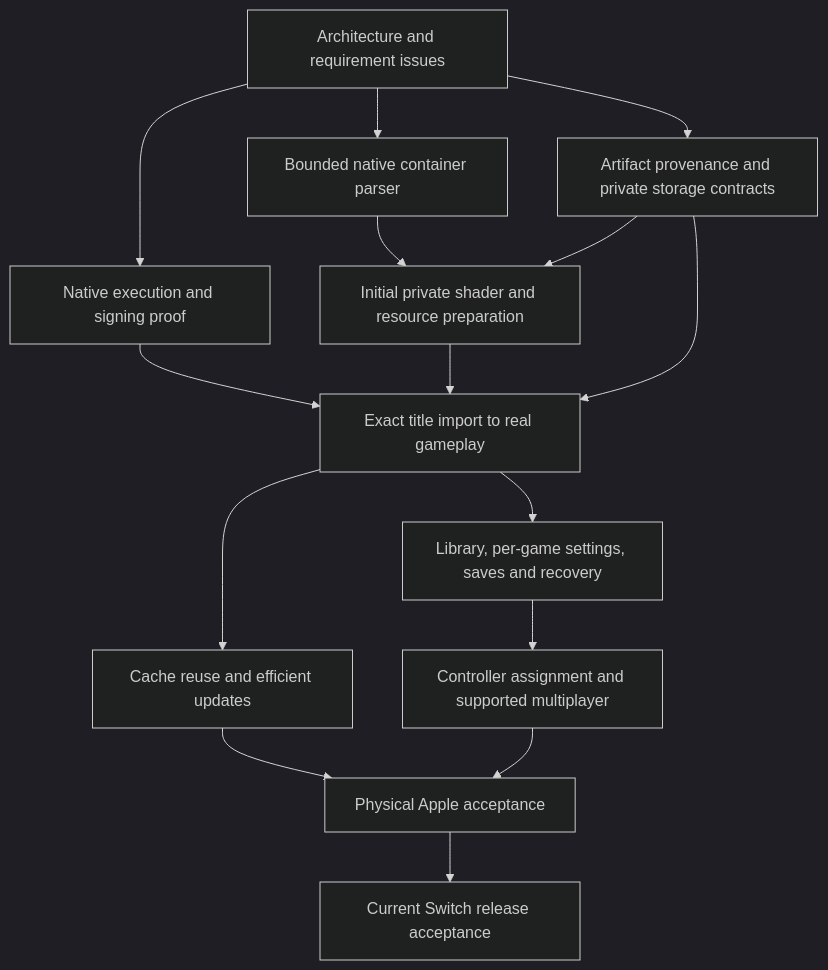
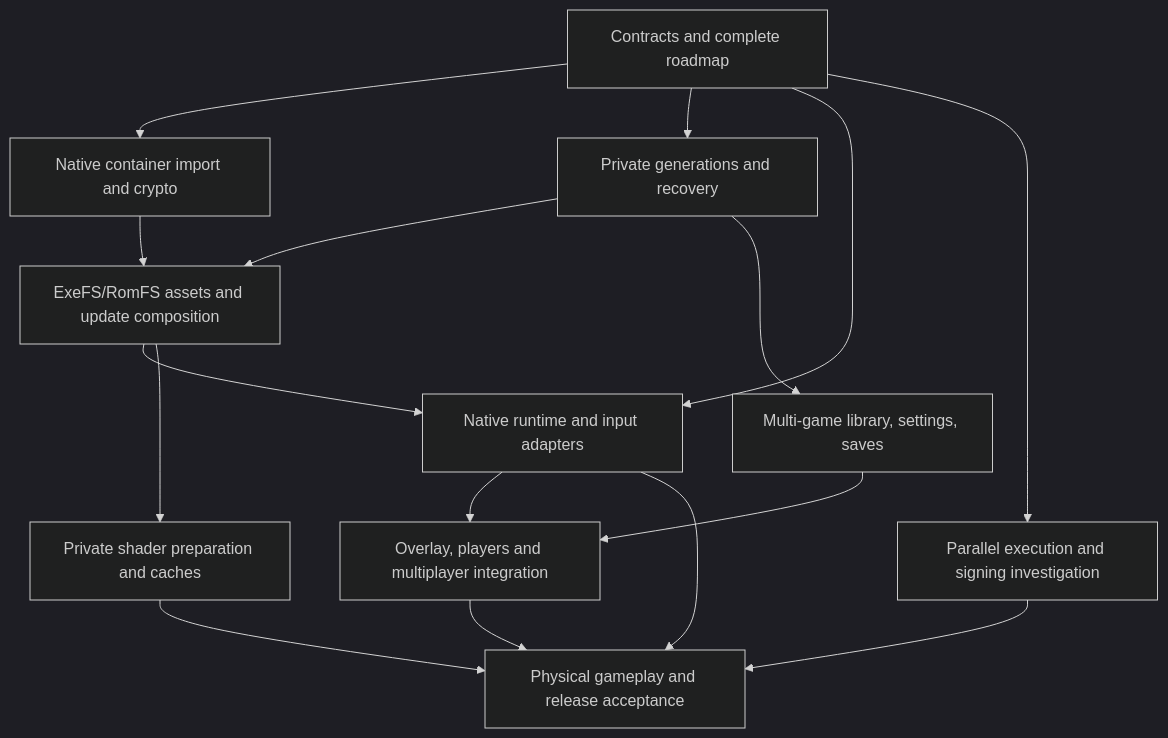
One commit to monkeorg/MacNativeGames changed the diagram in docs/content-free-launcher-architecture.md. Above: the diagram before and after it, drawn with Mermaid (dark theme). The commit also changed other lines of this file and 3 other files, not shown here.

````diff
--- a/docs/content-free-launcher-architecture.md
+++ b/docs/content-free-launcher-architecture.md
@@ -54,17 +59,18 @@
 ```mermaid
 flowchart TD
- A[Architecture and requirement issues] --> B[Native execution and signing proof]
- A --> C[Bounded native container parser]
- A --> D[Artifact provenance and private storage contracts]
- B --> E[Exact title import to real gameplay]
- C --> K[Initial private shader and resource preparation]
- D --> K
- K --> E
- D --> E
- E --> F[Library, per-game settings, saves and recovery]
- E --> G[Cache reuse and efficient updates]
- F --> H[Controller assignment and supported multiplayer]
- G --> I[Physical Apple acceptance]
- H --> I
- I --> J[Current Switch release acceptance]
+ A[Contracts and complete roadmap] --> C[Native container import and crypto]
+ A --> D[Private generations and recovery]
+ C --> P[ExeFS/RomFS assets and update composition]
+ D --> P
+ D --> F[Multi-game library, settings, saves]
+ A --> R[Native runtime and input adapters]
+ P --> R
+ P --> K[Private shader preparation and caches]
+ F --> M[Overlay, players and multiplayer integration]
+ R --> M
+ A --> B[Parallel execution and signing investigation]
+ B --> I[Physical gameplay and release acceptance]
+ R --> I
+ K --> I
+ M --> I
 ```
````
